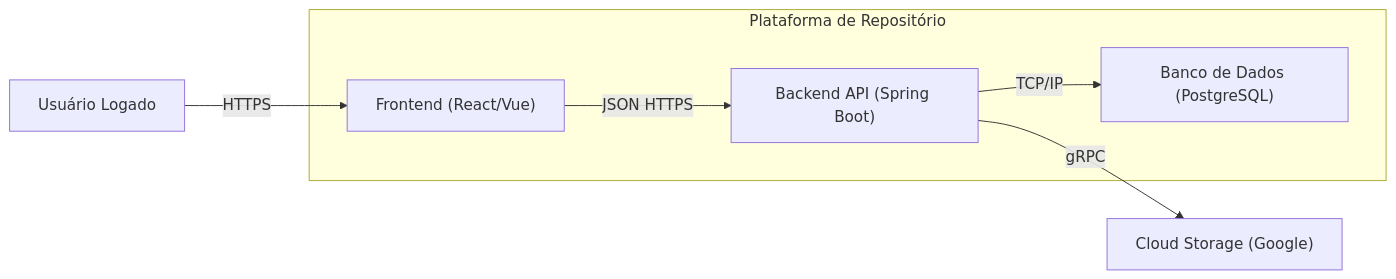
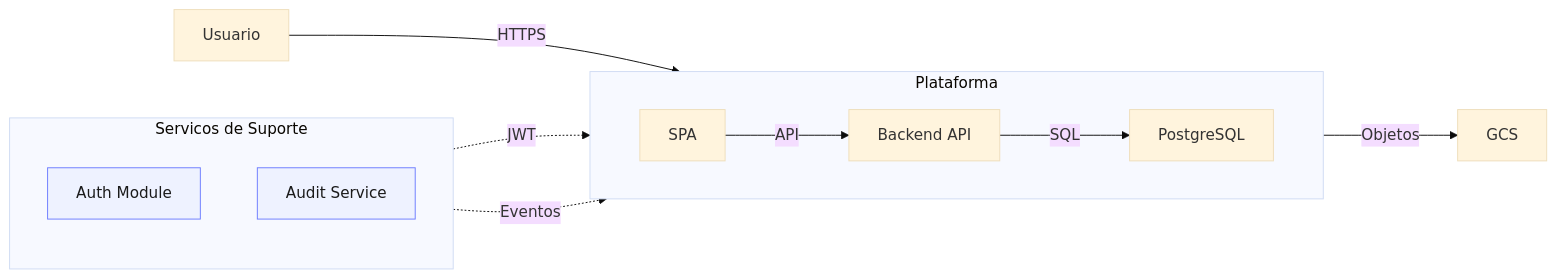
One commit to pedrohpsantos/EdTech changed the second of 2 diagrams in docs/arquitetura/c4_model.md. Above: the diagram before and after it, drawn with Mermaid. The commit also changed other lines of this file and 8 other files, not shown here.

Commit message:
refactor: update development flow to include intermediate develop branch before main

````diff
--- a/docs/arquitetura/c4_model.md
+++ b/docs/arquitetura/c4_model.md
@@ -32,18 +37,30 @@
 ```mermaid
+%%{init: {"theme": "base", "flowchart": {"nodeSpacing": 60, "rankSpacing": 80, "curve": "basis"}}}%%
 flowchart LR
-    %%{init: {"flowchart": {"nodeSpacing": 60, "rankSpacing": 80}}}%%
-    Usu["Usuário Logado"]
+    Usu["Usuario"]
 
-    subgraph EdTech["Plataforma de Repositório"]
-        SPA["Frontend (React/Vue)"]
-        API["Backend API (Spring Boot)"]
-        DB["Banco de Dados (PostgreSQL)"]
+    subgraph EdTech["Plataforma"]
+        direction LR
+        SPA["SPA"]
+        API["Backend API"]
+        DB["PostgreSQL"]
     end
 
-    GCS["Cloud Storage (Google)"]
+    subgraph Suporte["Servicos de Suporte"]
+        direction TB
+        Auth["Auth Module"]
+        Audit["Audit Service"]
+    end
+
+    GCS["GCS"]
 
     Usu -->|HTTPS| SPA
-    SPA -->|JSON HTTPS| API
-    API -->|TCP/IP| DB
-    API -->|gRPC| GCS
+    SPA -->|API| API
+    API -->|SQL| DB
+    API -->|Objetos| GCS
+    Auth -.->|JWT| API
+    Audit -.->|Eventos| API
+
+    classDef support fill:#eef2ff,stroke:#6c7cff,color:#1a1a1a;
+    class Auth,Audit support;
 ```
````
